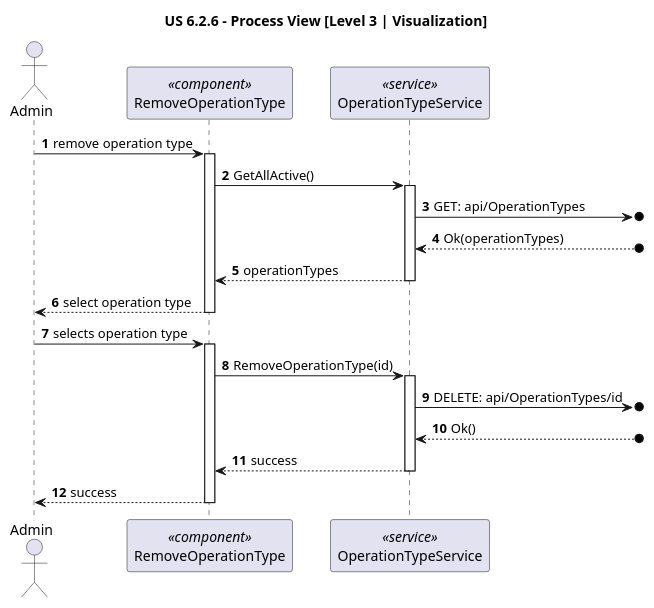
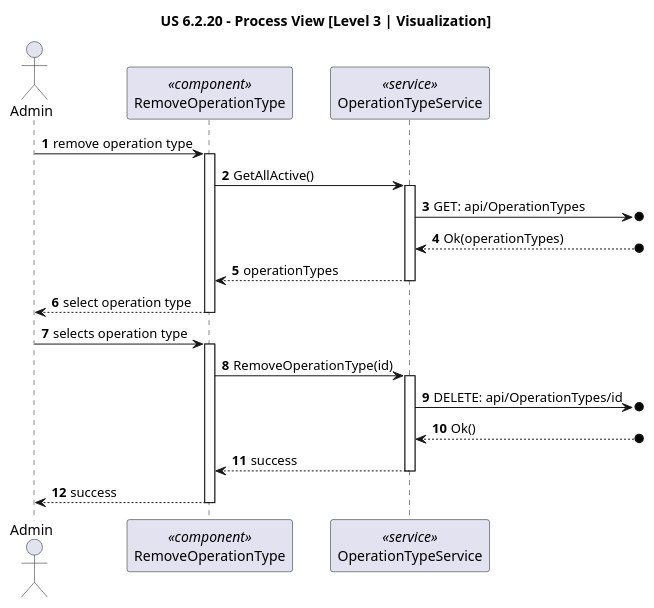
Before and after one commit to rita-barbosa/LAPR5-2425: the diagram in docs/sprint-2/1220841/us-6.2.20/diagrams/level-3-process-view-visualization.puml, drawn with PlantUML. The commit also changed 10 other files, not shown here.

Commit message:
DG38-442 | docs: corrects the titles of the process view diagrams.

```diff
--- a/docs/sprint-2/1220841/us-6.2.20/diagrams/level-3-process-view-visualization.puml
+++ b/docs/sprint-2/1220841/us-6.2.20/diagrams/level-3-process-view-visualization.puml
@@ -1,42 +1,42 @@
 @startuml
 
-title "US 6.2.6 - Process View [Level 3 | Visualization]"
+title "US 6.2.20 - Process View [Level 3 | Visualization]"
 
 autonumber
 actor Admin as USER 
 participant "RemoveOperationType" as UPP <<component>> 
 participant "OperationTypeService" as PS <<service>>
 
 USER -> UPP : remove operation type
 activate UPP
 
 UPP -> PS: GetAllActive()
 activate PS
 
 PS ->o] : GET: api/OperationTypes
 
 PS <--o] : Ok(operationTypes)
 
 PS --> UPP: operationTypes
 deactivate PS
 
 UPP --> USER : select operation type
 deactivate UPP
 
 USER -> UPP: selects operation type
 activate UPP
 
 UPP -> PS : RemoveOperationType(id)
 activate PS
 
 PS ->o] : DELETE: api/OperationTypes/id
 
 PS <--o] : Ok()
 
 PS --> UPP: success
 deactivate PS
 
 UPP --> USER: success
 deactivate UPP
 
 @enduml
```
